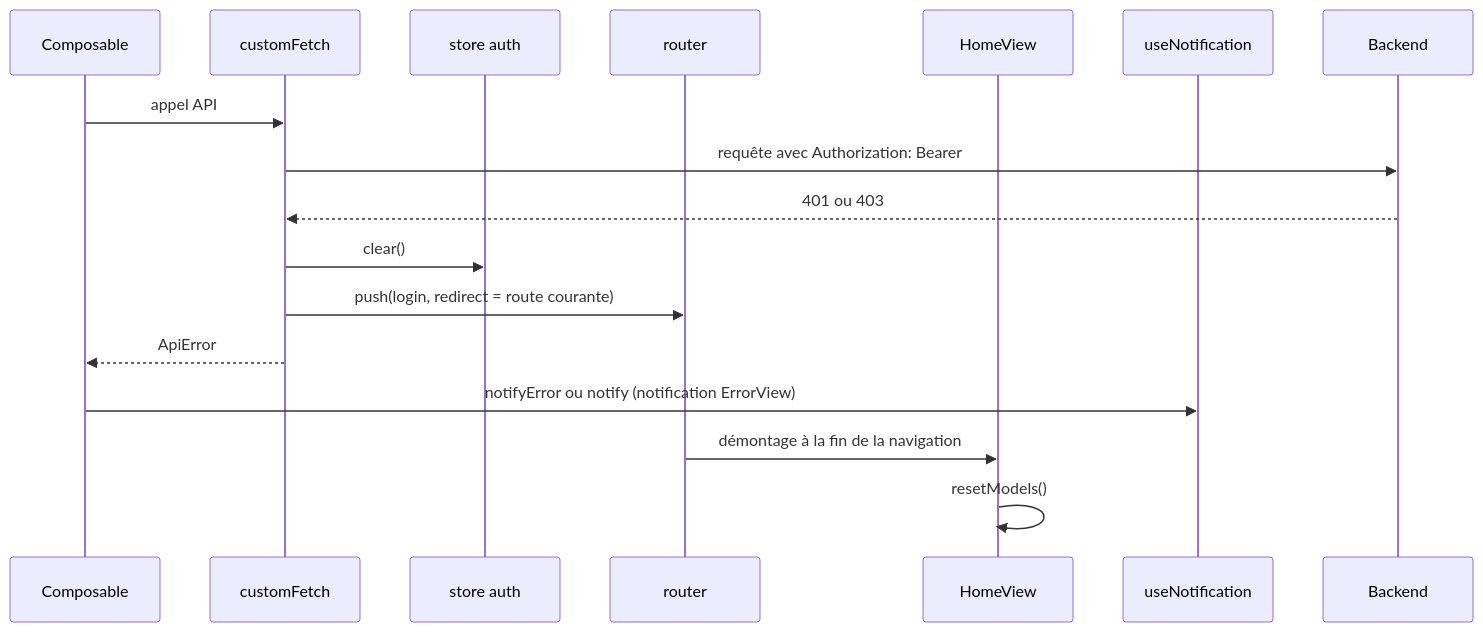
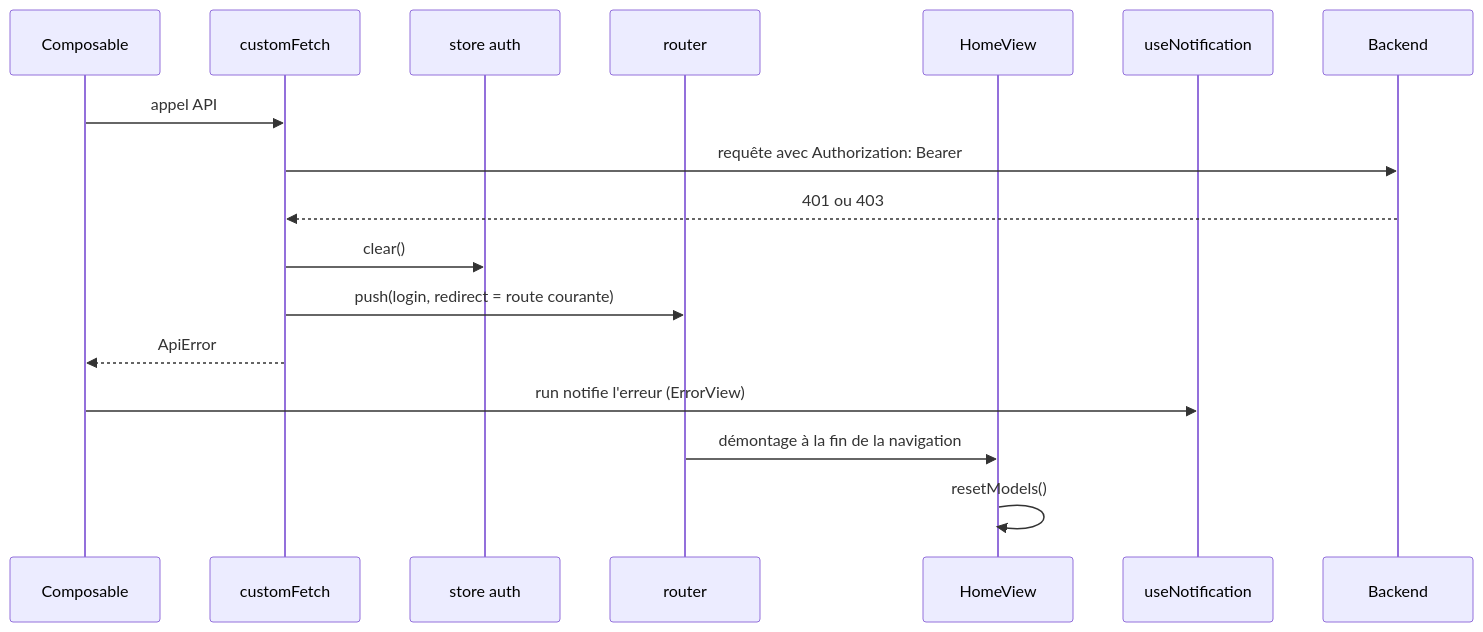
Diagram 15 of 16 in docs/dependances.md (brieuc/dailyvue), drawn with Mermaid before and after one commit. The commit also changed other lines of this file and 30 other files, not shown here.

````diff
--- a/docs/dependances.md
+++ b/docs/dependances.md
@@ -409,20 +412,20 @@
 ```mermaid
 sequenceDiagram
     participant C as Composable
     participant F as customFetch
     participant S as store auth
     participant R as router
     participant H as HomeView
     participant N as useNotification
     participant B as Backend
 
     C->>F: appel API
     F->>B: requête avec Authorization: Bearer
     B-->>F: 401 ou 403
     F->>S: clear()
     F->>R: push(login, redirect = route courante)
     F-->>C: ApiError
-    C->>N: notifyError ou notify (notification ErrorView)
+    C->>N: run notifie l'erreur (ErrorView)
     R->>H: démontage à la fin de la navigation
     H->>H: resetModels()
 ```
````
